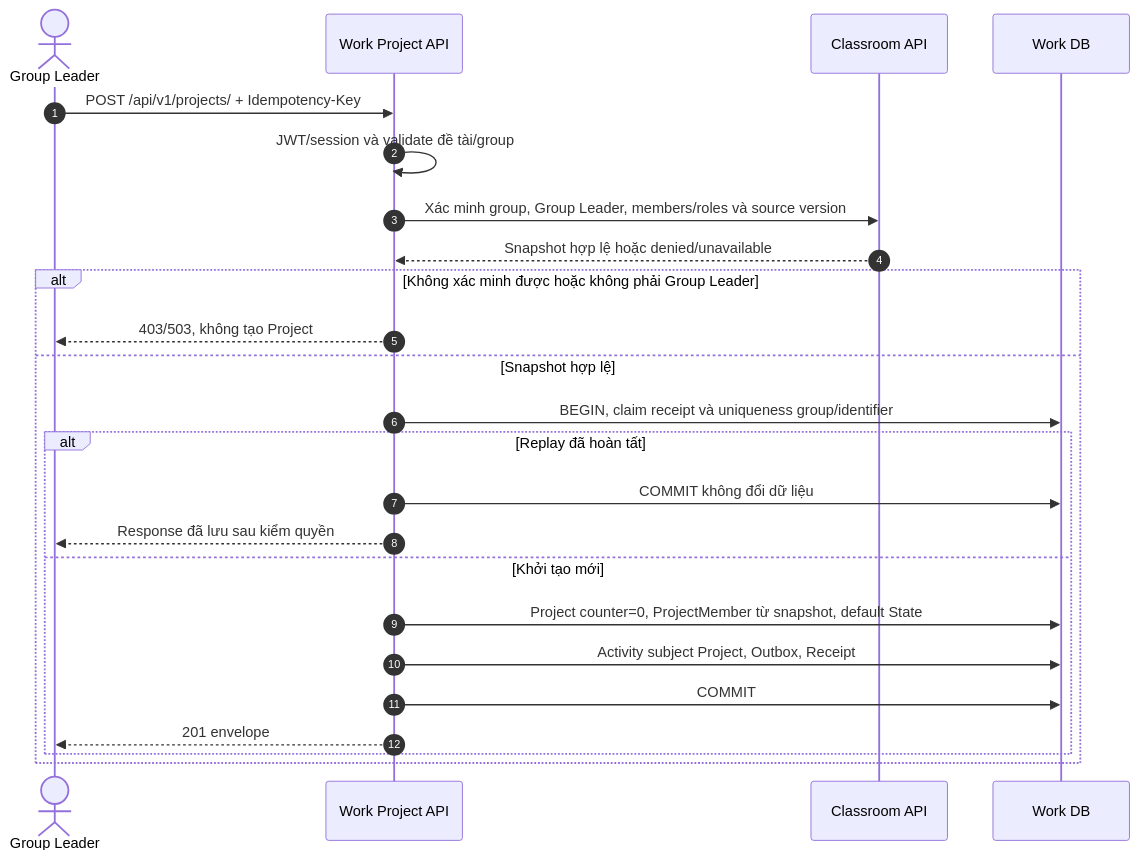
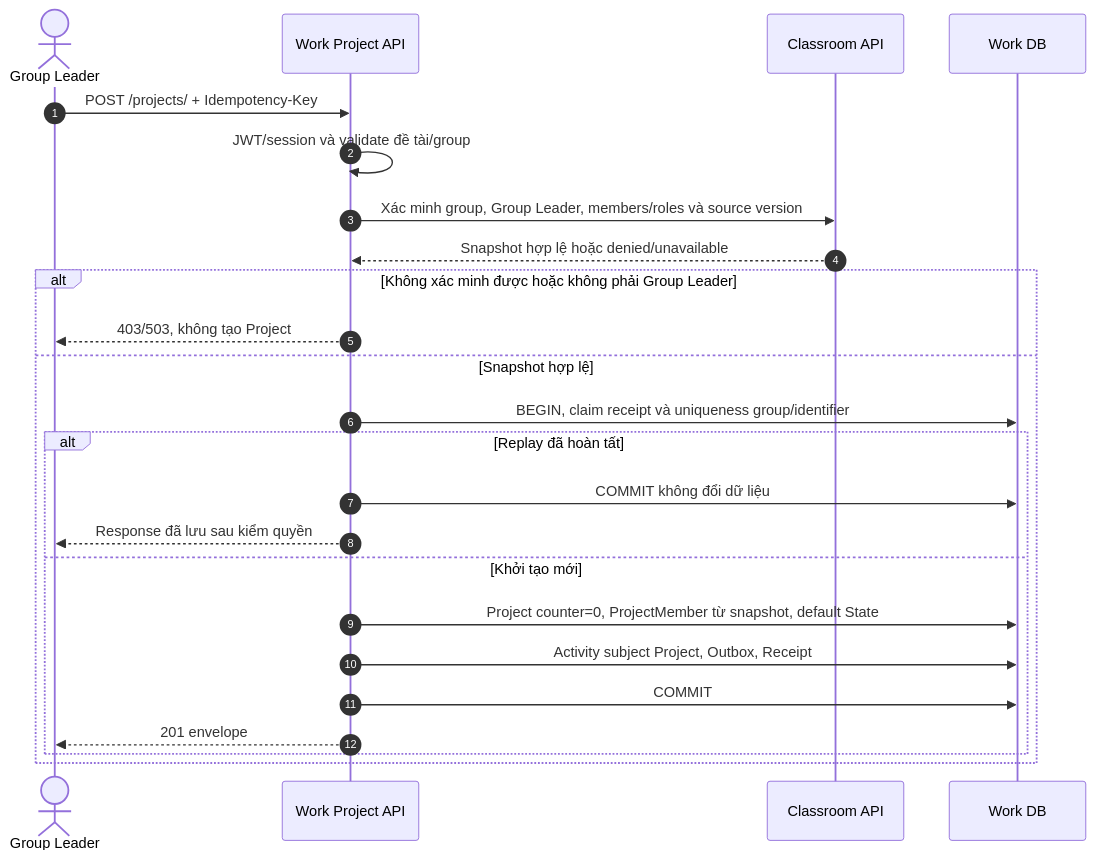
The tenth of 12 diagrams in docs/diagram/work-service/sequence.md (TriNguyenThanh/UTask), drawn with Mermaid before and after one commit. The commit also changed other lines of this file and 68 other files, not shown here.

````diff
--- a/docs/diagram/work-service/sequence.md
+++ b/docs/diagram/work-service/sequence.md
@@ -424,26 +424,26 @@
 ```mermaid
 sequenceDiagram
     autonumber
     actor L as Group Leader
     participant A as Work Project API
     participant C as Classroom API
     participant D as Work DB
-    L->>A: POST /api/v1/projects/ + Idempotency-Key
+    L->>A: POST /projects/ + Idempotency-Key
     A->>A: JWT/session và validate đề tài/group
     A->>C: Xác minh group, Group Leader, members/roles và source version
     C-->>A: Snapshot hợp lệ hoặc denied/unavailable
     alt Không xác minh được hoặc không phải Group Leader
         A-->>L: 403/503, không tạo Project
     else Snapshot hợp lệ
         A->>D: BEGIN, claim receipt và uniqueness group/identifier
         alt Replay đã hoàn tất
             A->>D: COMMIT không đổi dữ liệu
             A-->>L: Response đã lưu sau kiểm quyền
         else Khởi tạo mới
             A->>D: Project counter=0, ProjectMember từ snapshot, default State
             A->>D: Activity subject Project, Outbox, Receipt
             A->>D: COMMIT
             A-->>L: 201 envelope
         end
     end
 ```
````
